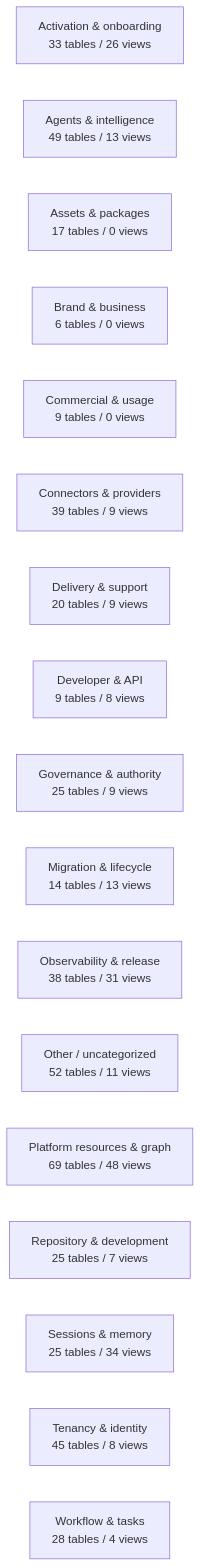
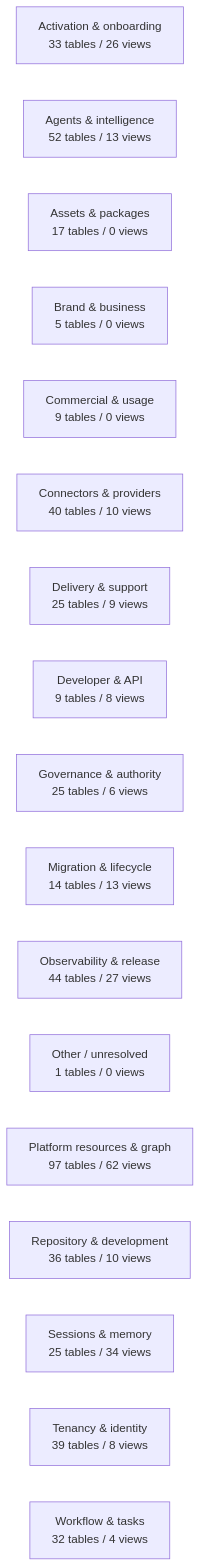
Before and after one commit to mad4bdigital-ai/multi-business-multi-role-growth-intelligence-os: the diagram in docs/work-maps/data-model-domain-map.md, drawn with Mermaid. The commit also changed other lines of this file and 4 other files, not shown here.

````diff
--- a/docs/work-maps/data-model-domain-map.md
+++ b/docs/work-maps/data-model-domain-map.md
@@ -9,20 +9,20 @@
 ```mermaid
 flowchart LR
   n_Activation___onboarding["Activation & onboarding<br/>33 tables / 26 views"]
-  n_Agents___intelligence["Agents & intelligence<br/>49 tables / 13 views"]
+  n_Agents___intelligence["Agents & intelligence<br/>52 tables / 13 views"]
   n_Assets___packages["Assets & packages<br/>17 tables / 0 views"]
-  n_Brand___business["Brand & business<br/>6 tables / 0 views"]
+  n_Brand___business["Brand & business<br/>5 tables / 0 views"]
   n_Commercial___usage["Commercial & usage<br/>9 tables / 0 views"]
-  n_Connectors___providers["Connectors & providers<br/>39 tables / 9 views"]
-  n_Delivery___support["Delivery & support<br/>20 tables / 9 views"]
+  n_Connectors___providers["Connectors & providers<br/>40 tables / 10 views"]
+  n_Delivery___support["Delivery & support<br/>25 tables / 9 views"]
   n_Developer___API["Developer & API<br/>9 tables / 8 views"]
-  n_Governance___authority["Governance & authority<br/>25 tables / 9 views"]
+  n_Governance___authority["Governance & authority<br/>25 tables / 6 views"]
   n_Migration___lifecycle["Migration & lifecycle<br/>14 tables / 13 views"]
-  n_Observability___release["Observability & release<br/>38 tables / 31 views"]
-  n_Other___uncategorized["Other / uncategorized<br/>52 tables / 11 views"]
-  n_Platform_resources___graph["Platform resources & graph<br/>69 tables / 48 views"]
-  n_Repository___development["Repository & development<br/>25 tables / 7 views"]
+  n_Observability___release["Observability & release<br/>44 tables / 27 views"]
+  n_Other___unresolved["Other / unresolved<br/>1 tables / 0 views"]
+  n_Platform_resources___graph["Platform resources & graph<br/>97 tables / 62 views"]
+  n_Repository___development["Repository & development<br/>36 tables / 10 views"]
   n_Sessions___memory["Sessions & memory<br/>25 tables / 34 views"]
-  n_Tenancy___identity["Tenancy & identity<br/>45 tables / 8 views"]
-  n_Workflow___tasks["Workflow & tasks<br/>28 tables / 4 views"]
+  n_Tenancy___identity["Tenancy & identity<br/>39 tables / 8 views"]
+  n_Workflow___tasks["Workflow & tasks<br/>32 tables / 4 views"]
 ```
````
